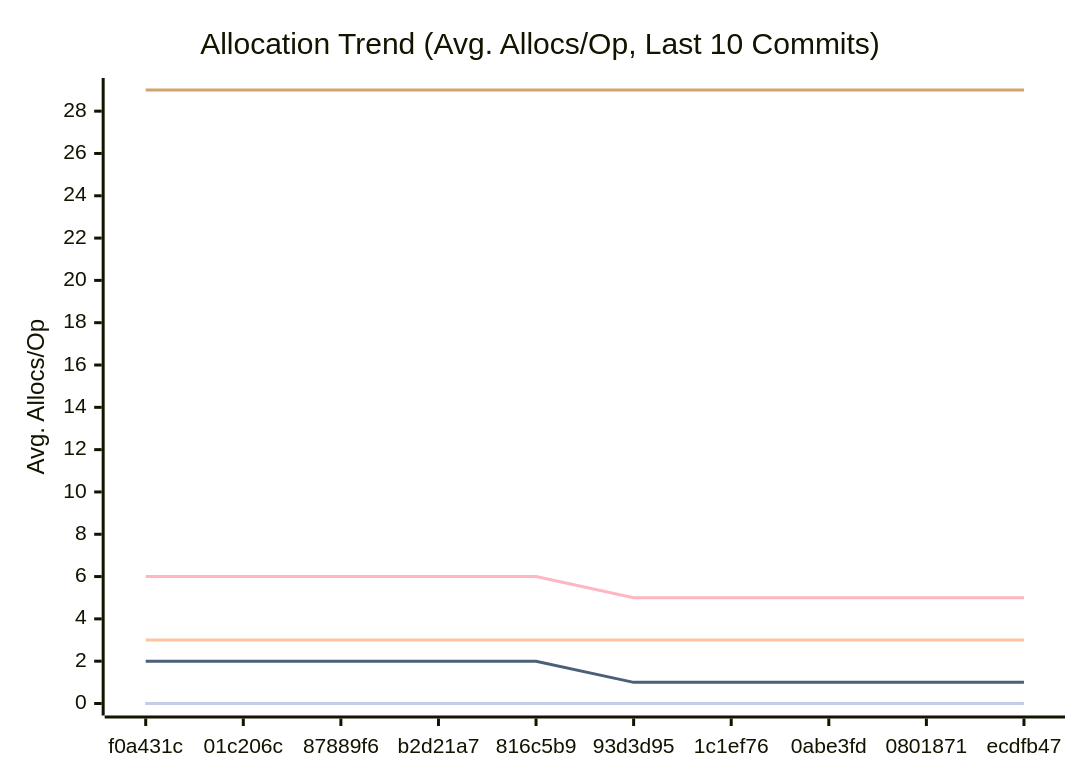
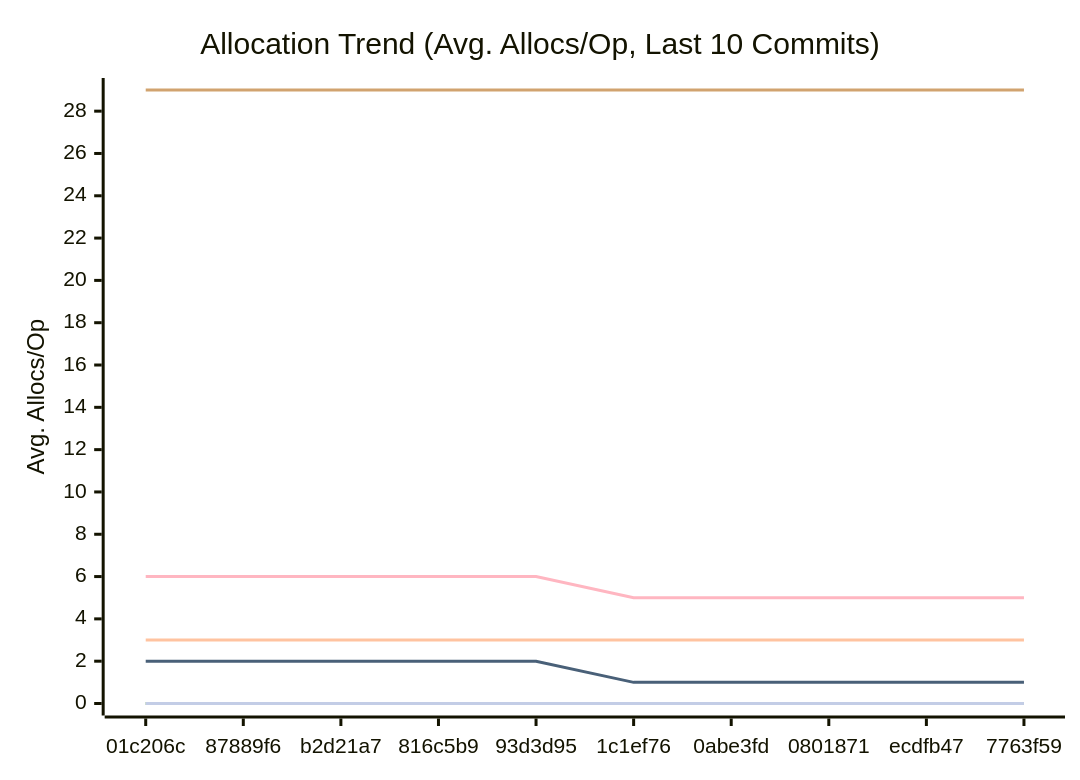
One commit to alsotoes/momo changed the third of 3 diagrams in docs/PERFORMANCE.md. Above: the diagram before and after it, drawn with Mermaid. The commit also changed other lines of this file and 1 other file, not shown here.

````diff
--- a/docs/PERFORMANCE.md
+++ b/docs/PERFORMANCE.md
@@ -114,16 +114,16 @@
 ```mermaid
 xychart-beta
     title "Allocation Trend (Avg. Allocs/Op, Last 10 Commits)"
     x-axis "Commit"
     y-axis "Avg. Allocs/Op"
-    x-axis [f0a431c,01c206c,87889f6,b2d21a7,816c5b9,93d3d95,1c1ef76,0abe3fd,0801871,ecdfb47]
+    x-axis [01c206c,87889f6,b2d21a7,816c5b9,93d3d95,1c1ef76,0abe3fd,0801871,ecdfb47,7763f59]
     line "CheckMetricsAndSwap" [0,0,0,0,0,0,0,0,0,0]
     line "CrushOptimized" [0,0,0,0,0,0,0,0,0,0]
     line "CrushOriginal" [3,3,3,3,3,3,3,3,3,3]
     line "IndexDirectTracking" [0,0,0,0,0,0,0,0,0,0]
     line "IndexSearch" [0,0,0,0,0,0,0,0,0,0]
     line "LoadGlobalConfig" [29,29,29,29,29,29,29,29,29,29]
     line "PadString" [0,0,0,0,0,0,0,0,0,0]
     line "ParseReplicationOrder_NoPrealloc" [6,6,6,6,6,5,5,5,5,5]
     line "ParseReplicationOrder_Prealloc" [2,2,2,2,2,1,1,1,1,1]
 ```
````
